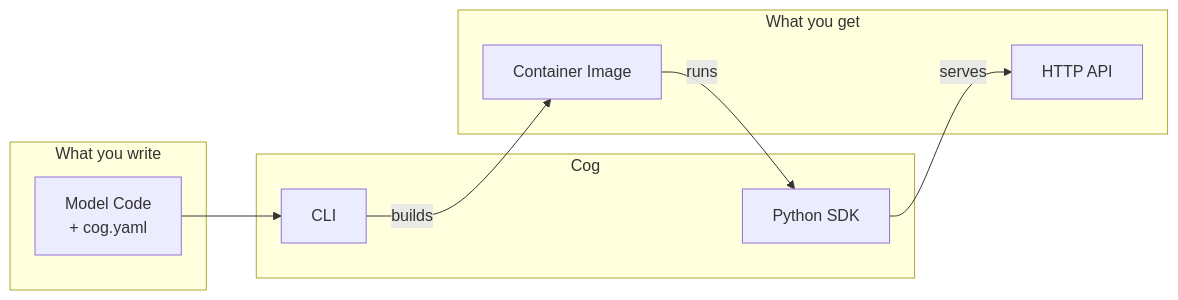
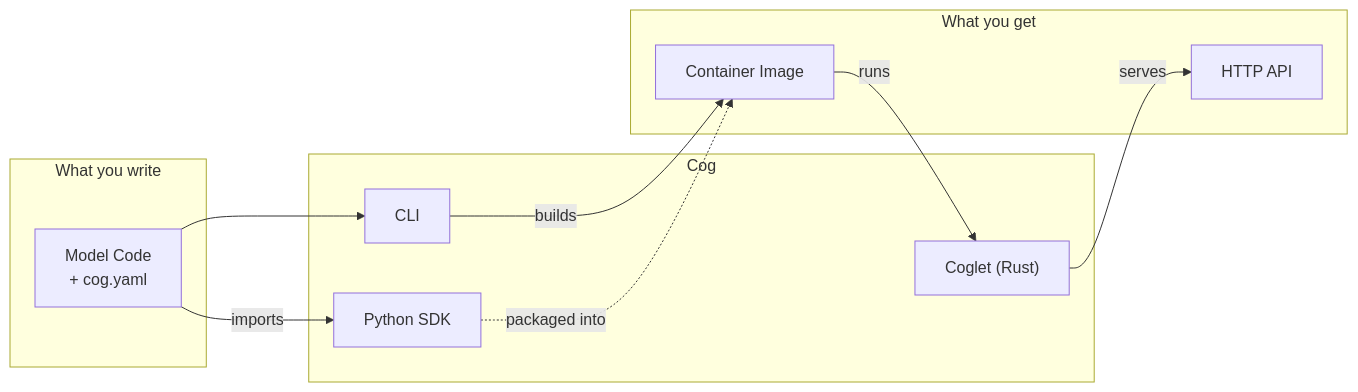
One commit to rdhanarot/cog changed the first of 2 diagrams in architecture/00-overview.md. Above: the diagram before and after it, drawn with Mermaid. The commit also changed other lines of this file and 12 other files, not shown here.

First line of the commit message:
Update architecture docs to match the codebase (#2856)

````diff
--- a/architecture/00-overview.md
+++ b/architecture/00-overview.md
@@ -7,21 +7,24 @@
 ```mermaid
 flowchart LR
     subgraph input["What you write"]
         model["Model Code<br/>+ cog.yaml"]
     end
     
     subgraph cog["Cog"]
         cli["CLI"]
         sdk["Python SDK"]
+        coglet["Coglet (Rust)"]
     end
     
     subgraph output["What you get"]
         image["Container Image"]
         api["HTTP API"]
     end
     
+    model -->|"imports"| sdk
     model --> cli
     cli -->|"builds"| image
-    image -->|"runs"| sdk
-    sdk -->|"serves"| api
+    sdk -.->|"packaged into"| image
+    image -->|"runs"| coglet
+    coglet -->|"serves"| api
 ```
````
